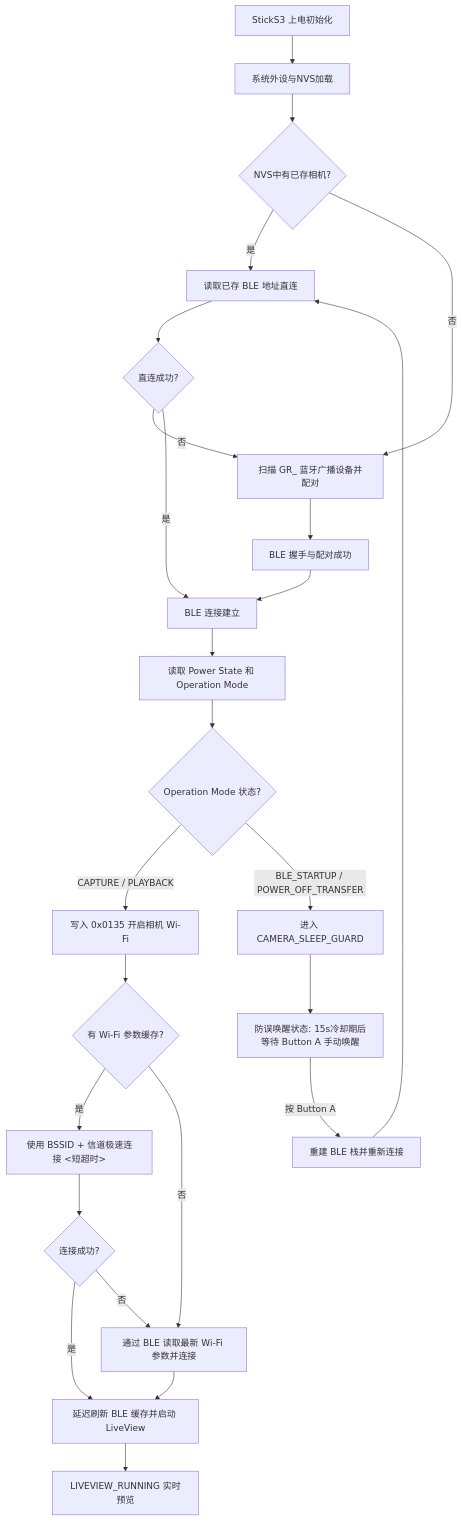
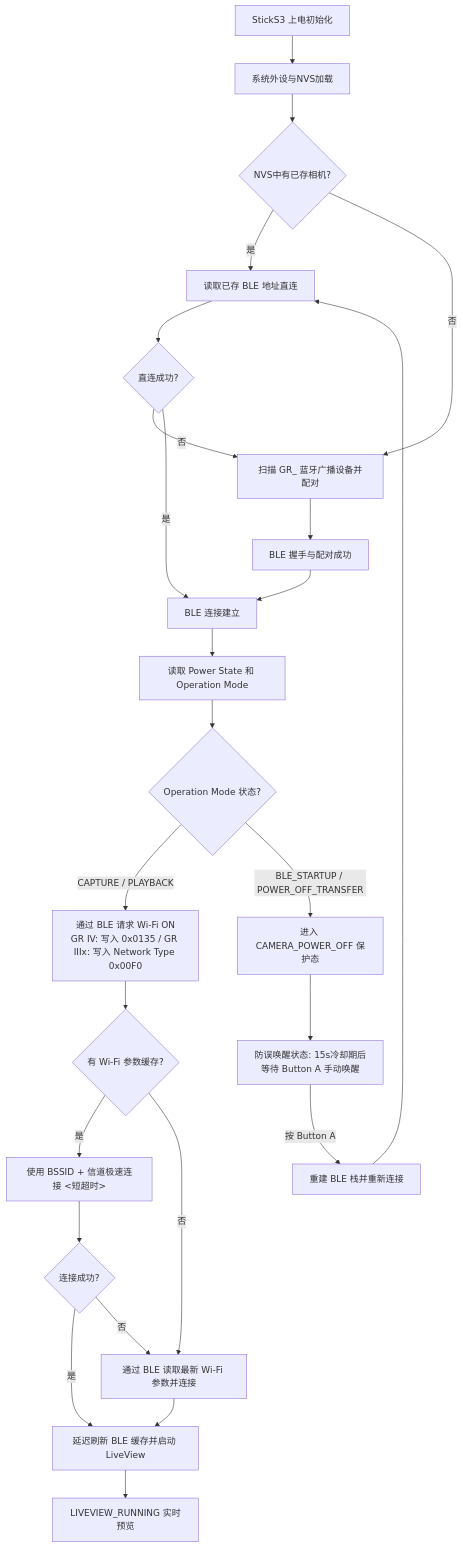
The diagram in README_ZH.md (ndreij/RICOH-GR-Live-View-Shooting), drawn with Mermaid before and after one commit. The commit also changed other lines of this file and 6 other files, not shown here.

````diff
--- a/README_ZH.md
+++ b/README_ZH.md
@@ -95,27 +91,27 @@
 ```mermaid
 graph TD
     A[StickS3 上电初始化] --> B[系统外设与NVS加载]
     B --> C{NVS中有已存相机?}
     C -->|是| D[读取已存 BLE 地址直连]
     C -->|否| E[扫描 GR_ 蓝牙广播设备并配对]
     D --> F{直连成功?}
     F -->|否| E
     E --> G[BLE 握手与配对成功]
     F -->|是| H[BLE 连接建立]
     G --> H
     H --> I[读取 Power State 和 Operation Mode]
     I --> J{Operation Mode 状态?}
-    J -->|CAPTURE / PLAYBACK| K[写入 0x0135 开启相机 Wi-Fi]
-    J -->|BLE_STARTUP / POWER_OFF_TRANSFER| L[进入 CAMERA_SLEEP_GUARD]
+    J -->|CAPTURE / PLAYBACK| K[通过 BLE 请求 Wi-Fi ON<br/>GR IV: 写入 0x0135 / GR IIIx: 写入 Network Type 0x00F0]
+    J -->|BLE_STARTUP / POWER_OFF_TRANSFER| L[进入 CAMERA_POWER_OFF 保护态]
     K --> M{有 Wi-Fi 参数缓存?}
     M -->|是| N[使用 BSSID + 信道极速连接 <短超时>]
     M -->|否| O[通过 BLE 读取最新 Wi-Fi 参数并连接]
     N --> P{连接成功?}
     P -->|是| Q[延迟刷新 BLE 缓存并启动 LiveView]
     P -->|否| O
     O --> Q
     Q --> R[LIVEVIEW_RUNNING 实时预览]
     L --> S[防误唤醒状态: 15s冷却期后等待 Button A 手动唤醒]
     S -->|按 Button A| T[重建 BLE 栈并重新连接]
     T --> D
 ```
````
